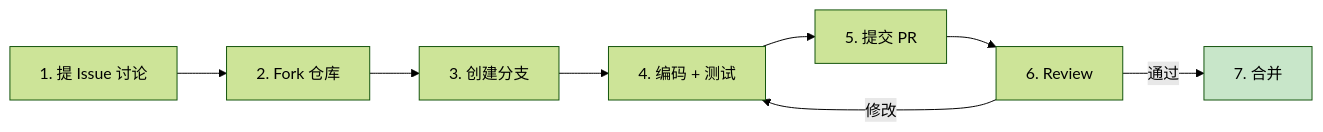
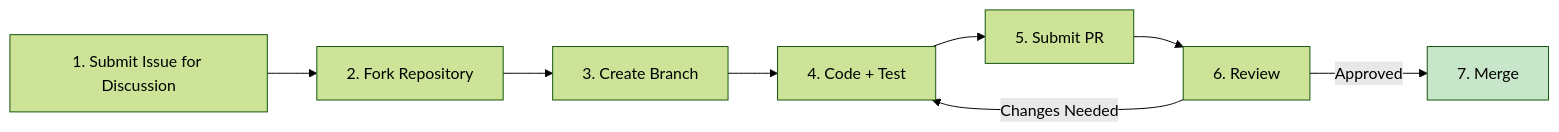
Before and after one commit to Kirky-X/cangjie: the diagram in templates/通用/【模板】CONTRIBUTING.md, drawn with Mermaid (forest theme). The commit also changed other lines of this file and 12 other files, not shown here.

````diff
--- a/templates/通用/【模板】CONTRIBUTING.md
+++ b/templates/通用/【模板】CONTRIBUTING.md
@@ -61,11 +61,11 @@
 ```mermaid
 flowchart LR
-    A[1. 提 Issue 讨论] --> B[2. Fork 仓库]
-    B --> C[3. 创建分支]
-    C --> D[4. 编码 + 测试]
-    D --> E[5. 提交 PR]
+    A[1. Submit Issue for Discussion] --> B[2. Fork Repository]
+    B --> C[3. Create Branch]
+    C --> D[4. Code + Test]
+    D --> E[5. Submit PR]
     E --> F[6. Review]
-    F -->|通过| G[7. 合并]
-    F -->|修改| D
+    F -->|Approved| G[7. Merge]
+    F -->|Changes Needed| D
     style G fill:#c8e6c9
 ```
````
